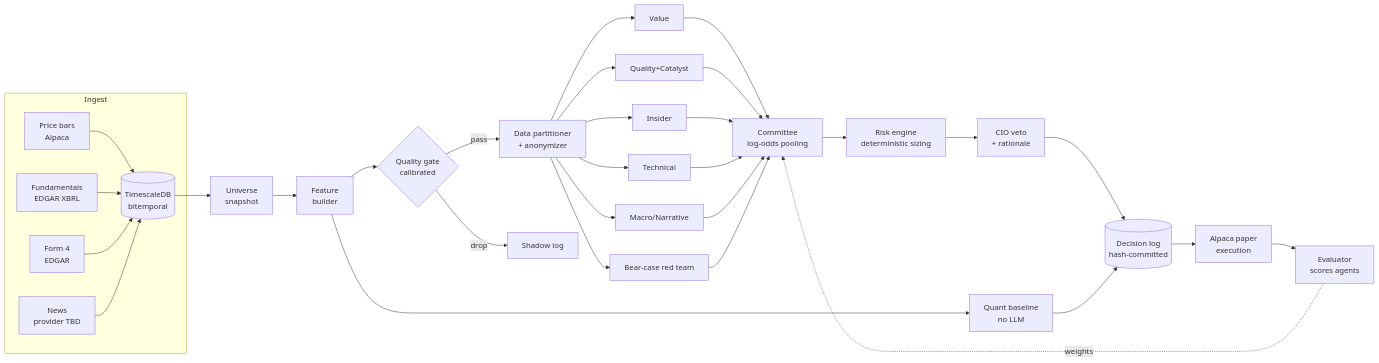
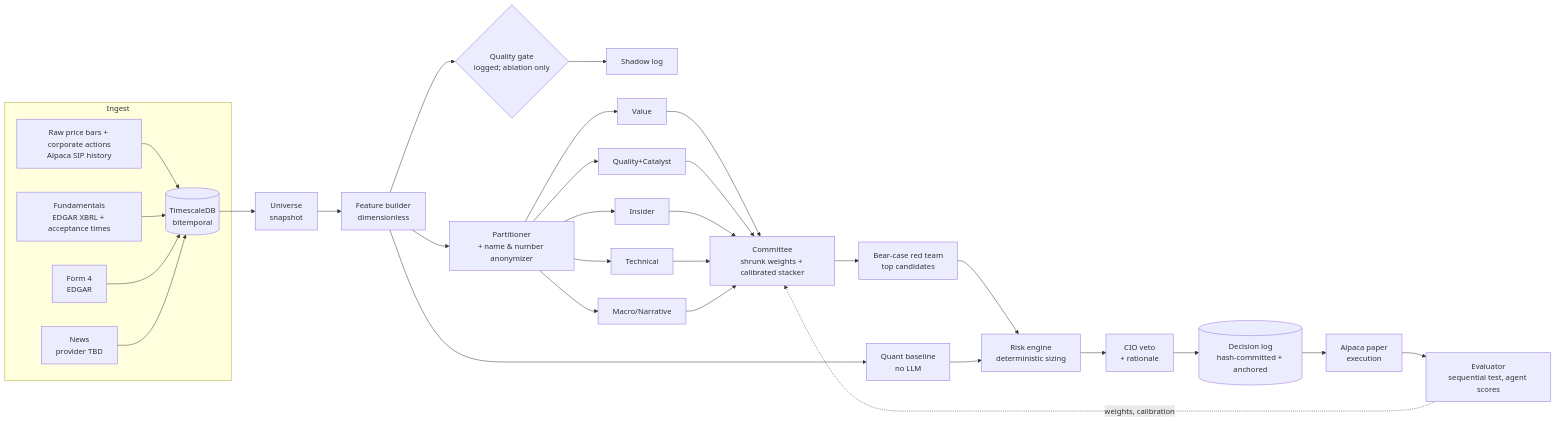
Before and after one commit to JackSmack1971/asymmetric-committee: the diagram in docs/asymmetric-committee-blueprint.md, drawn with Mermaid. The commit also changed other lines of this file, not shown here.

````diff
--- a/docs/asymmetric-committee-blueprint.md
+++ b/docs/asymmetric-committee-blueprint.md
@@ -42,29 +49,29 @@
 ```mermaid
 flowchart LR
   subgraph Ingest
-    A1[Price bars<br/>Alpaca] --> DB
-    A2[Fundamentals<br/>EDGAR XBRL] --> DB
+    A1[Raw price bars + corporate actions<br/>Alpaca SIP history] --> DB
+    A2[Fundamentals<br/>EDGAR XBRL + acceptance times] --> DB
     A3[Form 4<br/>EDGAR] --> DB
     A4[News<br/>provider TBD] --> DB
   end
   DB[(TimescaleDB<br/>bitemporal)] --> U[Universe<br/>snapshot]
-  U --> F[Feature<br/>builder]
-  F --> G{Quality gate<br/>calibrated}
-  G -- pass --> P[Data partitioner<br/>+ anonymizer]
-  G -- drop --> SH[Shadow log]
+  U --> F[Feature builder<br/>dimensionless]
+  F --> G{Quality gate<br/>logged; ablation only}
+  G --> SH[Shadow log]
+  F --> P[Partitioner<br/>+ name & number anonymizer]
   P --> V[Value]
   P --> Q[Quality+Catalyst]
   P --> I[Insider]
   P --> T[Technical]
   P --> M[Macro/Narrative]
-  P --> B[Bear-case red team]
+  V & Q & I & T & M --> C[Committee<br/>shrunk weights + calibrated stacker]
+  C --> B[Bear-case red team<br/>top candidates]
   F --> QB[Quant baseline<br/>no LLM]
-  V & Q & I & T & M & B --> C[Committee<br/>log-odds pooling]
-  C --> R[Risk engine<br/>deterministic sizing]
+  B --> R[Risk engine<br/>deterministic sizing]
+  QB --> R
   R --> CIO[CIO veto<br/>+ rationale]
-  CIO --> L[(Decision log<br/>hash-committed)]
+  CIO --> L[(Decision log<br/>hash-committed + anchored)]
   L --> X[Alpaca paper<br/>execution]
-  QB --> L
-  X --> E[Evaluator<br/>scores agents]
-  E -. weights .-> C
+  X --> E[Evaluator<br/>sequential test, agent scores]
+  E -. weights, calibration .-> C
 ```
````
